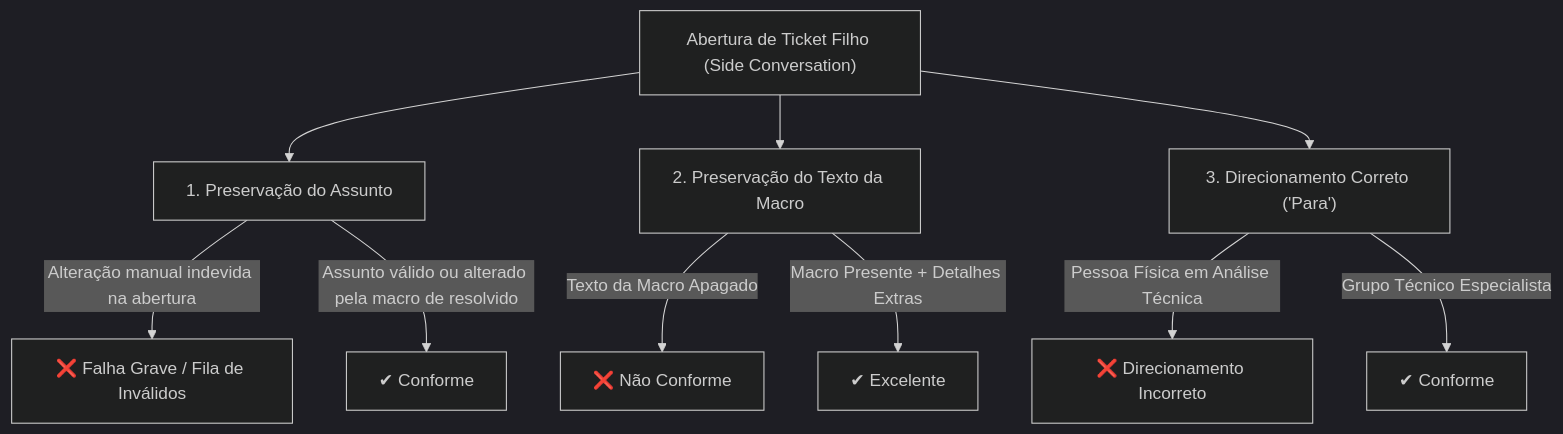
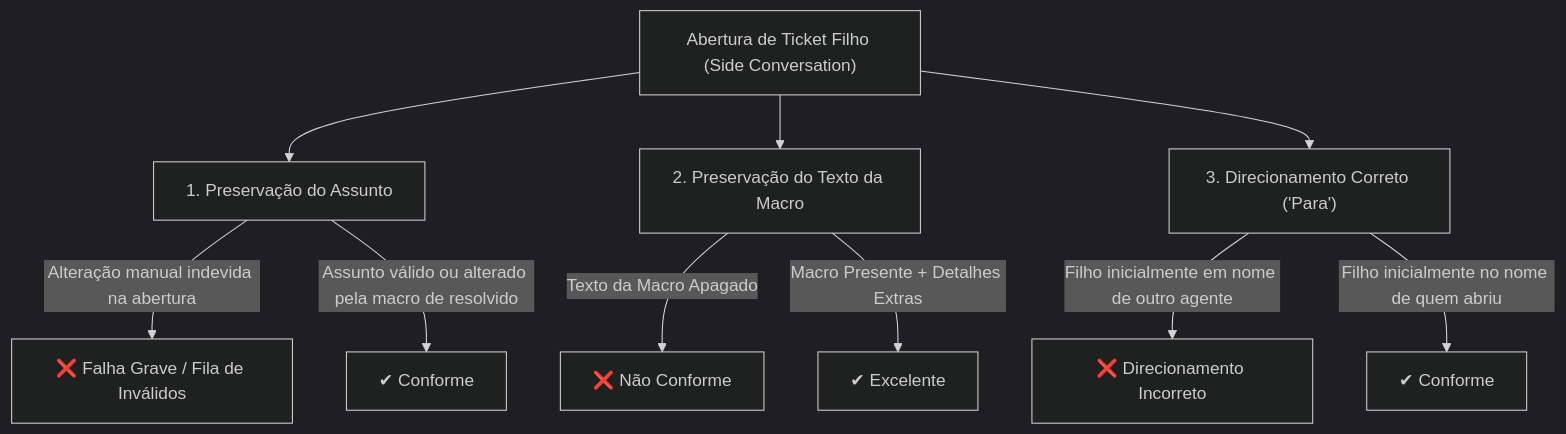
One commit to allanscode/QualiTrack changed the diagram in docs/specs/manual-avaliacao-tickets-filhos.md. Above: the diagram before and after it, drawn with Mermaid (dark theme). The commit also changed other lines of this file and 7 other files, not shown here.

````diff
--- a/docs/specs/manual-avaliacao-tickets-filhos.md
+++ b/docs/specs/manual-avaliacao-tickets-filhos.md
@@ -23,16 +23,16 @@
 ```mermaid
 flowchart TD
     TF["Abertura de Ticket Filho (Side Conversation)"] --> Q1["1. Preservação do Assunto"]
     TF --> Q2["2. Preservação do Texto da Macro"]
     TF --> Q3["3. Direcionamento Correto ('Para')"]
     
     Q1 -->|Alteração manual indevida na abertura| INV["❌ Falha Grave / Fila de Inválidos"]
     Q1 -->|Assunto válido ou alterado pela macro de resolvido| OK1["✔ Conforme"]
     
     Q2 -->|Texto da Macro Apagado| REP["❌ Não Conforme"]
     Q2 -->|Macro Presente + Detalhes Extras| OK2["✔ Excelente"]
     
-    Q3 -->|Pessoa Física em Análise Técnica| ERRO["❌ Direcionamento Incorreto"]
-    Q3 -->|Grupo Técnico Especialista| OK3["✔ Conforme"]
+    Q3 -->|Filho inicialmente em nome de outro agente| ERRO["❌ Direcionamento Incorreto"]
+    Q3 -->|Filho inicialmente no nome de quem abriu| OK3["✔ Conforme"]
     
 ```
````
